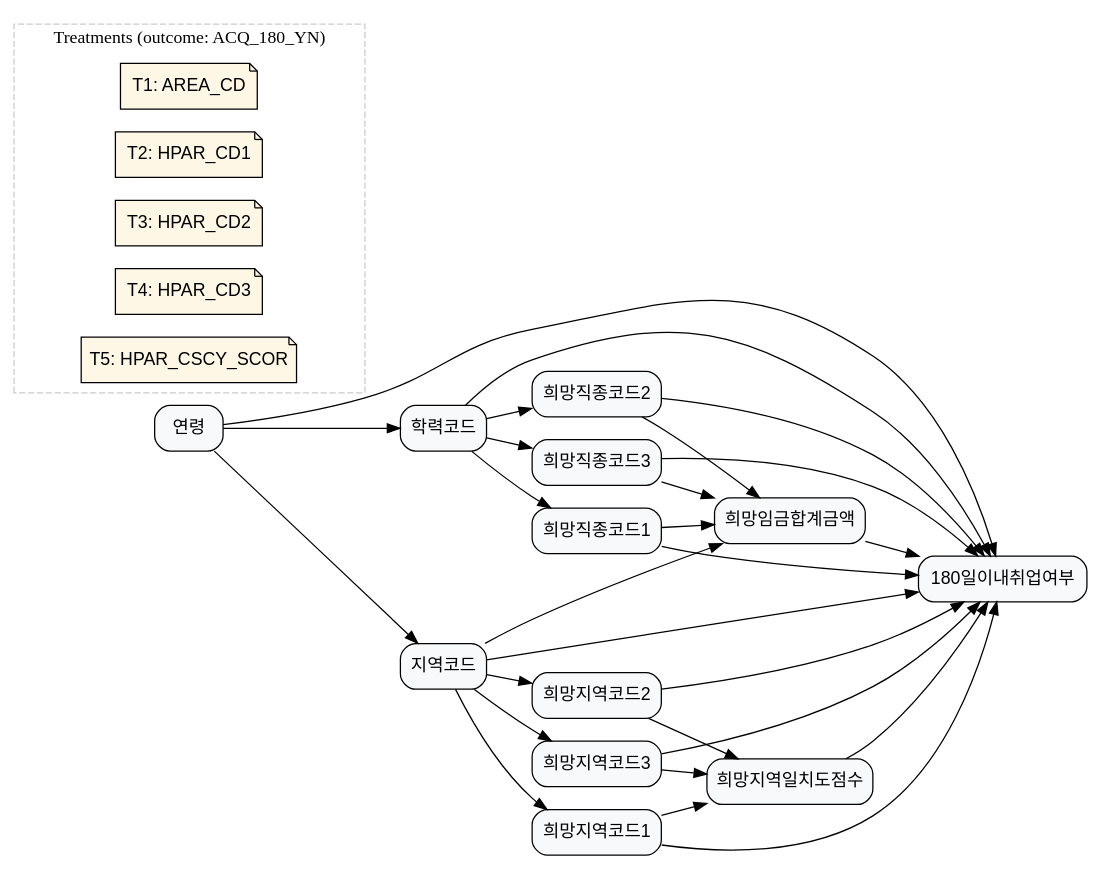
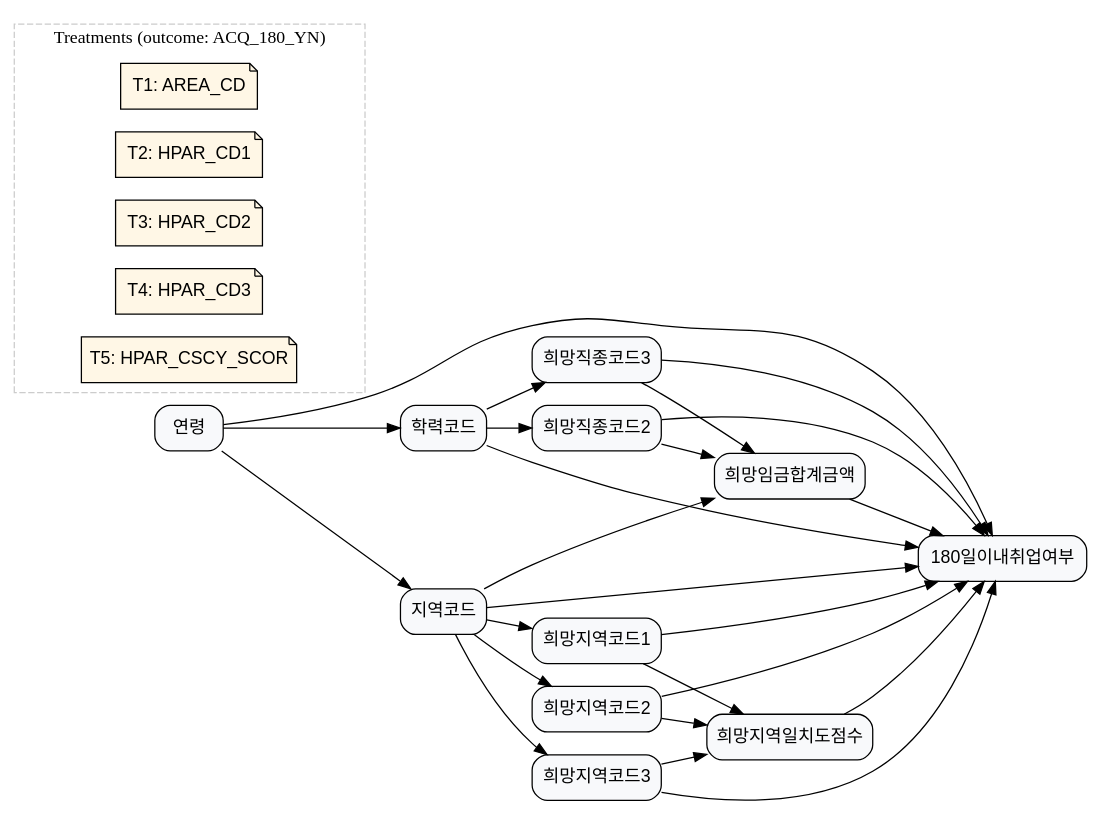
Before and after one commit to KU-LIM-Lab/dowhy-deep: the diagram in laborlab_2/data/graph_data/graph_14.dot, drawn with Graphviz. The commit also changed 12 other files, not shown here.

Commit message:
graphs updated

```diff
--- a/laborlab_2/data/graph_data/graph_14.dot
+++ b/laborlab_2/data/graph_data/graph_14.dot
@@ -1,98 +1,94 @@
 digraph {
     rankdir=LR;
     node [shape=box, style="rounded,filled", fillcolor="#F8F9FB", fontname="Helvetica"];
 
     ACCR_CD [label="학력코드"];
     ACQ_180_YN [label="180일이내취업여부"];
     AGE [label="연령"];
     AREA_CD [label="지역코드"];
-    HOPE_JSCD1 [label="희망직종코드1"];
     HOPE_JSCD2 [label="희망직종코드2"];
     HOPE_JSCD3 [label="희망직종코드3"];
     HOPE_WAGE_SM_AMT [label="희망임금합계금액"];
     HPAR_CD1 [label="희망지역코드1"];
     HPAR_CD2 [label="희망지역코드2"];
     HPAR_CD3 [label="희망지역코드3"];
     HPAR_CSCY_SCOR [label="희망지역일치도점수"];
 
     AGE -> ACCR_CD;
     AGE -> AREA_CD;
-    ACCR_CD -> HOPE_JSCD1;
     ACCR_CD -> HOPE_JSCD2;
     ACCR_CD -> HOPE_JSCD3;
     AREA_CD -> HPAR_CD1;
     AREA_CD -> HPAR_CD2;
     AREA_CD -> HPAR_CD3;
     HPAR_CD1 -> HPAR_CSCY_SCOR;
     HPAR_CD2 -> HPAR_CSCY_SCOR;
     HPAR_CD3 -> HPAR_CSCY_SCOR;
-    HOPE_JSCD1 -> HOPE_WAGE_SM_AMT;
     HOPE_JSCD2 -> HOPE_WAGE_SM_AMT;
     HOPE_JSCD3 -> HOPE_WAGE_SM_AMT;
     AREA_CD -> HOPE_WAGE_SM_AMT;
     HPAR_CSCY_SCOR -> ACQ_180_YN;
     HPAR_CD1 -> ACQ_180_YN;
     HPAR_CD2 -> ACQ_180_YN;
     HPAR_CD3 -> ACQ_180_YN;
     AREA_CD -> ACQ_180_YN;
-    HOPE_JSCD1 -> ACQ_180_YN;
     HOPE_JSCD2 -> ACQ_180_YN;
     HOPE_JSCD3 -> ACQ_180_YN;
     HOPE_WAGE_SM_AMT -> ACQ_180_YN;
     AGE -> ACQ_180_YN;
     ACCR_CD -> ACQ_180_YN;
 
     // Treatments
     subgraph cluster_treatments {
         label="Treatments (outcome: ACQ_180_YN)";
         style=dashed;
         color="#CCCCCC";
         node [shape=note, style="rounded,filled", fillcolor="#FFF7E6", fontname="Helvetica"];
 
         T1 [
             label="T1: AREA_CD",
             role="treatment_meta",
             treatment_var="AREA_CD",
             treatment_name="AREA_CD",
             treatment_def="지역코드(AREA_CD) 수준 차이가 ACQ_180_YN(180일이내취업여부)에 미치는 인과효과",
             treatment_question="지역코드(AREA_CD) 수준이 다른 구직자들의 6개월 내 취업 확률은 얼마나 다른가?"
         ];
 
         T2 [
             label="T2: HPAR_CD1",
             role="treatment_meta",
             treatment_var="HPAR_CD1",
             treatment_name="HPAR_CD1",
             treatment_def="희망지역코드1(HPAR_CD1) 수준 차이가 ACQ_180_YN(180일이내취업여부)에 미치는 인과효과",
             treatment_question="희망지역코드1(HPAR_CD1) 수준이 다른 구직자들의 6개월 내 취업 확률은 얼마나 다른가?"
         ];
 
         T3 [
             label="T3: HPAR_CD2",
             role="treatment_meta",
             treatment_var="HPAR_CD2",
             treatment_name="HPAR_CD2",
             treatment_def="희망지역코드2(HPAR_CD2) 수준 차이가 ACQ_180_YN(180일이내취업여부)에 미치는 인과효과",
             treatment_question="희망지역코드2(HPAR_CD2) 수준이 다른 구직자들의 6개월 내 취업 확률은 얼마나 다른가?"
         ];
 
         T4 [
             label="T4: HPAR_CD3",
             role="treatment_meta",
             treatment_var="HPAR_CD3",
             treatment_name="HPAR_CD3",
             treatment_def="희망지역코드3(HPAR_CD3) 수준 차이가 ACQ_180_YN(180일이내취업여부)에 미치는 인과효과",
             treatment_question="희망지역코드3(HPAR_CD3) 수준이 다른 구직자들의 6개월 내 취업 확률은 얼마나 다른가?"
         ];
 
         T5 [
             label="T5: HPAR_CSCY_SCOR",
             role="treatment_meta",
             treatment_var="HPAR_CSCY_SCOR",
             treatment_name="HPAR_CSCY_SCOR",
             treatment_def="희망지역일치도점수(HPAR_CSCY_SCOR) 수준 차이가 ACQ_180_YN(180일이내취업여부)에 미치는 인과효과",
             treatment_question="희망지역일치도점수(HPAR_CSCY_SCOR) 수준이 다른 구직자들의 6개월 내 취업 확률은 얼마나 다른가?"
         ];
 
     }
 }
```
